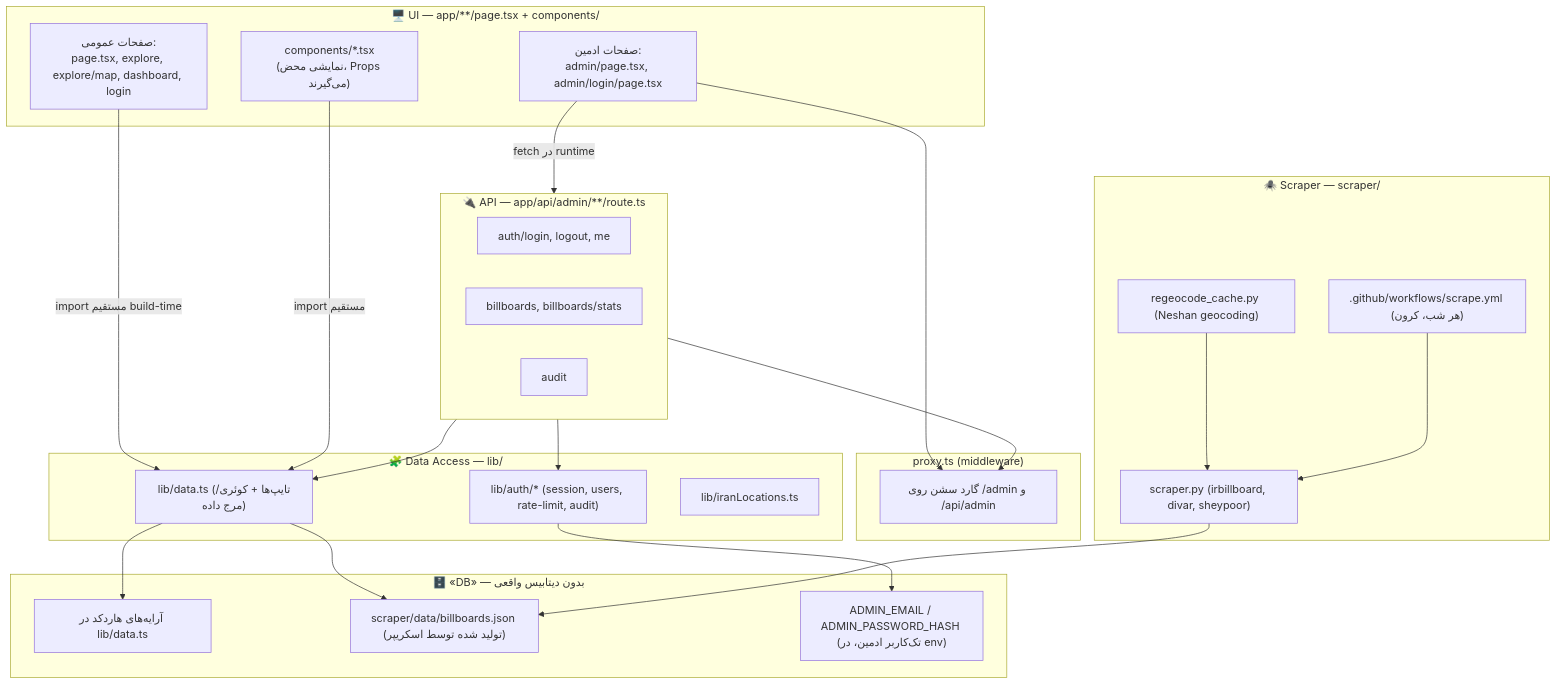
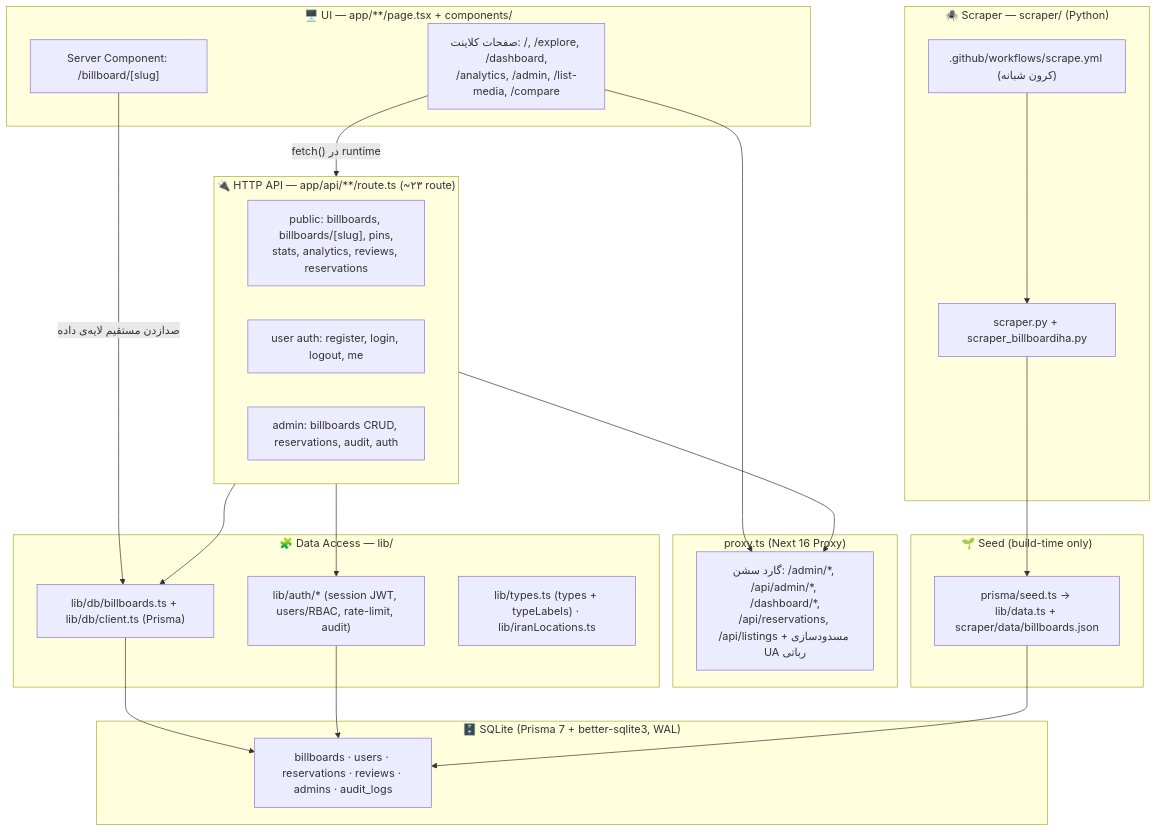
One commit to alireza-zareian/Rasamap-Repository changed the diagram in README.md. Above: the diagram before and after it, drawn with Mermaid. The commit also changed other lines of this file and 7 other files, not shown here.

First line of the commit message:
Add GET /api/billboards/[slug], architecture + API docs

````diff
--- a/README.md
+++ b/README.md
@@ -77,50 +78,48 @@
 ```mermaid
 flowchart TB
     subgraph UI["🖥️ UI — app/**/page.tsx + components/"]
-        Pages["صفحات عمومی:<br/>page.tsx, explore, explore/map, dashboard, login"]
-        AdminUI["صفحات ادمین:<br/>admin/page.tsx, admin/login/page.tsx"]
-        Comp["components/*.tsx<br/>(نمایشی محض، Props می‌گیرند)"]
+        Client["صفحات کلاینت: /, /explore, /dashboard,<br/>/analytics, /admin, /list-media, /compare"]
+        RSC["Server Component: /billboard/[slug]"]
     end
 
-    subgraph API["🔌 API — app/api/admin/**/route.ts"]
-        Auth["auth/login, logout, me"]
-        BB["billboards, billboards/stats"]
-        Audit["audit"]
+    subgraph API["🔌 HTTP API — app/api/**/route.ts (~۲۳ route)"]
+        Pub["public: billboards, billboards/[slug], pins,<br/>stats, analytics, reviews, reservations"]
+        UsrAuth["user auth: register, login, logout, me"]
+        Adm["admin: billboards CRUD, reservations, audit, auth"]
     end
 
-    subgraph MW["proxy.ts (middleware)"]
-        Guard["گارد سشن روی /admin و /api/admin"]
+    subgraph MW["proxy.ts (Next 16 Proxy)"]
+        Guard["گارد سشن: /admin/*, /api/admin/*, /dashboard/*,<br/>/api/reservations, /api/listings + مسدودسازی UA رباتی"]
     end
 
     subgraph DA["🧩 Data Access — lib/"]
-        DataTs["lib/data.ts (تایپ‌ها + کوئری/مرج داده)"]
-        AuthLib["lib/auth/* (session, users, rate-limit, audit)"]
-        Geo["lib/iranLocations.ts"]
+        DB["lib/db/billboards.ts + lib/db/client.ts (Prisma)"]
+        AuthLib["lib/auth/* (session JWT, users/RBAC, rate-limit, audit)"]
+        Types["lib/types.ts (types + typeLabels) · lib/iranLocations.ts"]
     end
 
-    subgraph DB["🗄️ «DB» — بدون دیتابیس واقعی"]
-        Static["آرایه‌های هاردکد در lib/data.ts"]
-        JSON["scraper/data/billboards.json (تولید شده توسط اسکریپر)"]
-        Env["ADMIN_EMAIL / ADMIN_PASSWORD_HASH (تک‌کاربر ادمین، در env)"]
+    subgraph STORE["🗄️ SQLite (Prisma 7 + better-sqlite3, WAL)"]
+        Tables["billboards · users · reservations · reviews · admins · audit_logs"]
     end
 
-    subgraph SCR["🕷️ Scraper — scraper/"]
-        Orchestrator["scraper.py (irbillboard, divar, sheypoor)"]
-        Geocode["regeocode_cache.py (Neshan geocoding)"]
-        CI[".github/workflows/scrape.yml (هر شب، کرون)"]
+    subgraph SEED["🌱 Seed (build-time only)"]
+        DataTs["prisma/seed.ts → lib/data.ts + scraper/data/billboards.json"]
     end
 
-    Pages -- "import مستقیم build-time" --> DataTs
-    Comp -- "import مستقیم" --> DataTs
-    AdminUI -- "fetch در runtime" --> API
+    subgraph SCR["🕷️ Scraper — scraper/ (Python)"]
+        Orchestrator["scraper.py + scraper_billboardiha.py"]
+        CI[".github/workflows/scrape.yml (کرون شبانه)"]
+    end
+
+    Client -- "fetch() در runtime" --> API
+    RSC -- "صدازدن مستقیم لایه‌ی داده" --> DB
     API --> Guard
-    AdminUI --> Guard
-    API --> DataTs
+    Client --> Guard
+    API --> DB
     API --> AuthLib
-    DataTs --> Static
-    DataTs --> JSON
-    AuthLib --> Env
-    Orchestrator --> JSON
-    Geocode --> Orchestrator
+    DB --> Tables
+    AuthLib --> Tables
+    DataTs --> Tables
+    Orchestrator --> DataTs
     CI --> Orchestrator
 ```
````
